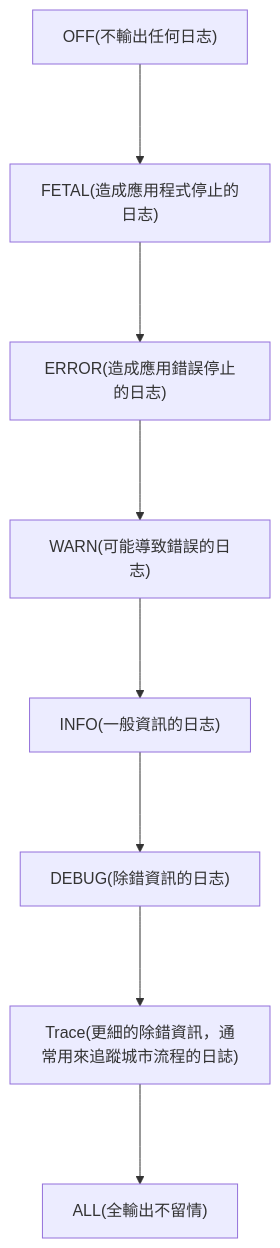
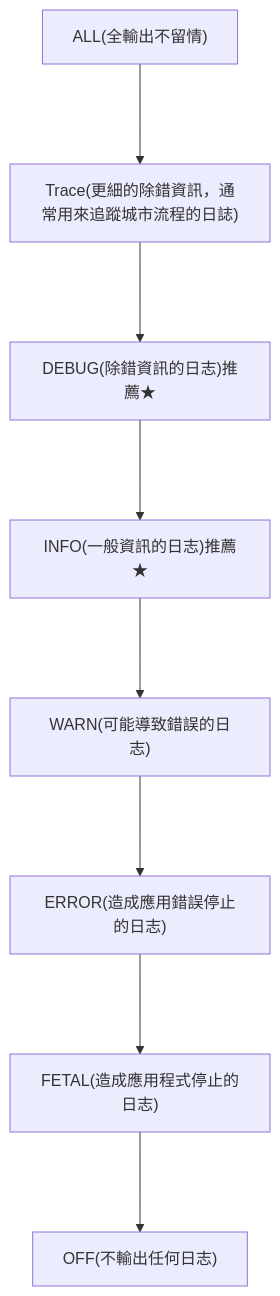
One commit to Hoxton019030/AspectJ_Note changed the third of 4 diagrams in README.md. Above: the diagram before and after it, drawn with Mermaid. The commit also changed other lines of this file, not shown here.

````diff
--- a/README.md
+++ b/README.md
@@ -312,4 +348,6 @@
 ```mermaid
 flowchart TD;
-1["OFF(不輸出任何日志)"]--->2["FETAL(造成應用程式停止的日志)"]--->3["ERROR(造成應用錯誤停止的日志)"]--->4["WARN(可能導致錯誤的日志)"]--->5["INFO(一般資訊的日志)"]--->6["DEBUG(除錯資訊的日志)"]--->7["Trace(更細的除錯資訊，通常用來追蹤城市流程的日誌)"]--->8["ALL(全輸出不留情)"]
+
+8["ALL(全輸出不留情)"]--->7["Trace(更細的除錯資訊，通常用來追蹤城市流程的日誌)"]--->6["DEBUG(除錯資訊的日志)推薦★"]--->5["INFO(一般資訊的日志)推薦★"]--->4["WARN(可能導致錯誤的日志)"]--->3["ERROR(造成應用錯誤停止的日志)"]--->2["FETAL(造成應用程式停止的日志)"]--->1["OFF(不輸出任何日志)"]
+
 ```
````
